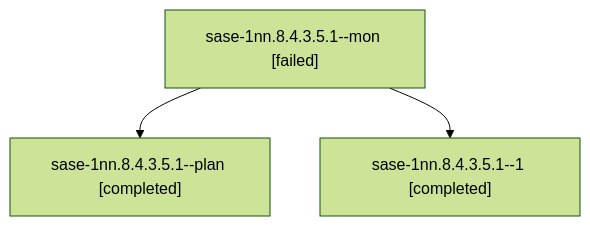
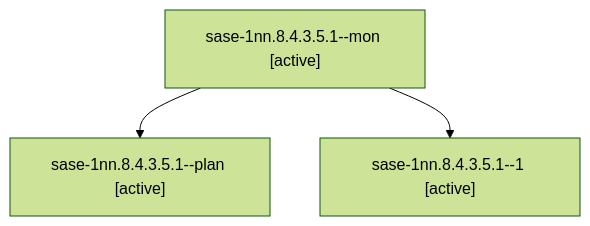
Before and after one commit to sase-org/sase--agents: the diagram in sessions/bbugyi200.athena.sase-1nn.8.4.3.5.1.md, drawn with Mermaid (forest theme). The commit also changed other lines of this file and 274 other files, not shown here.

````diff
--- a/sessions/bbugyi200.athena.sase-1nn.8.4.3.5.1.md
+++ b/sessions/bbugyi200.athena.sase-1nn.8.4.3.5.1.md
@@ -9,8 +9,8 @@
 ```mermaid
 flowchart TD
-  n0["sase-1nn.8.4.3.5.1--mon [failed]"]
-  n1["sase-1nn.8.4.3.5.1--plan [completed]"]
+  n0["sase-1nn.8.4.3.5.1--mon [active]"]
+  n1["sase-1nn.8.4.3.5.1--plan [active]"]
   n0 --> n1
-  n2["sase-1nn.8.4.3.5.1--1 [completed]"]
+  n2["sase-1nn.8.4.3.5.1--1 [active]"]
   n0 --> n2
 ```
````
